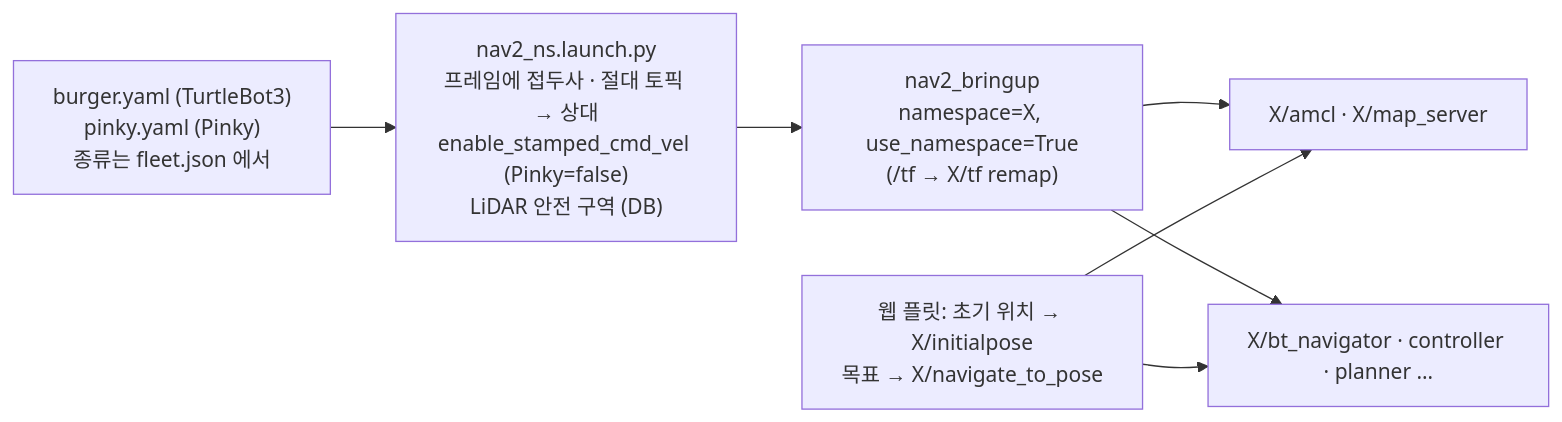
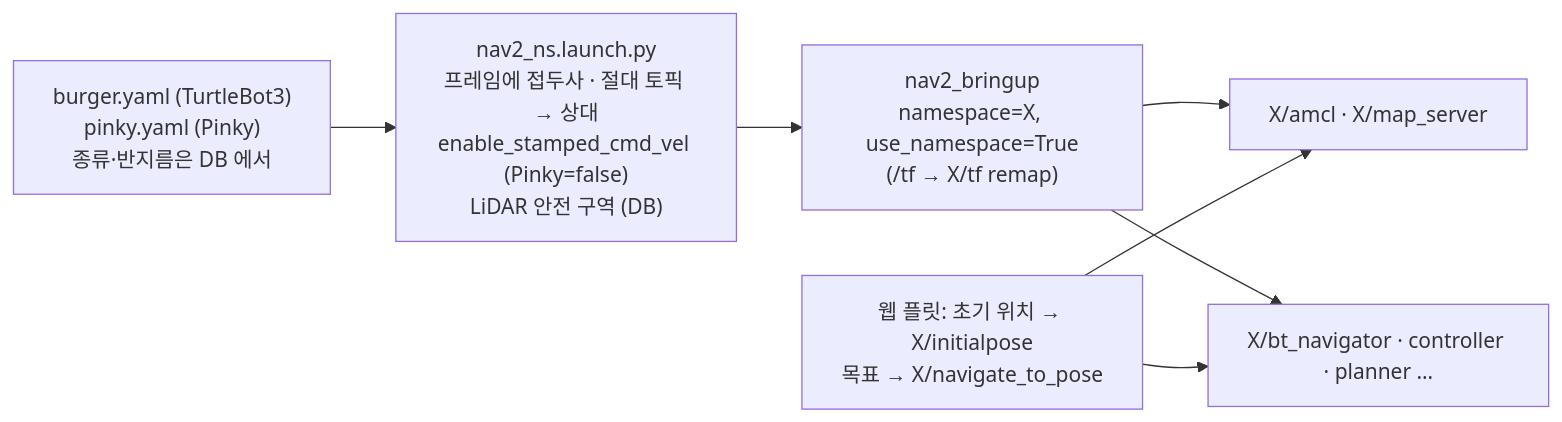
Before and after one commit to ryankim8815/ros2-fleet-console: diagram 14 of 19 in docs/architecture.md, drawn with Mermaid. The commit also changed other lines of this file and 28 other files, not shown here.

````diff
--- a/docs/architecture.md
+++ b/docs/architecture.md
@@ -472,9 +471,9 @@
 ```mermaid
 flowchart LR
-    P["burger.yaml (TurtleBot3)<br/>pinky.yaml (Pinky)<br/>종류는 fleet.json 에서"] --> W["nav2_ns.launch.py<br/>프레임에 접두사 · 절대 토픽 → 상대<br/>enable_stamped_cmd_vel (Pinky=false)<br/>LiDAR 안전 구역 (DB)"]
+    P["burger.yaml (TurtleBot3)<br/>pinky.yaml (Pinky)<br/>종류·반지름은 DB 에서"] --> W["nav2_ns.launch.py<br/>프레임에 접두사 · 절대 토픽 → 상대<br/>enable_stamped_cmd_vel (Pinky=false)<br/>LiDAR 안전 구역 (DB)"]
     W --> B["nav2_bringup<br/>namespace=X, use_namespace=True<br/>(/tf → X/tf remap)"]
     B --> A["X/amcl · X/map_server"]
     B --> N["X/bt_navigator · controller · planner …"]
     WEB["웹 플릿: 초기 위치 → X/initialpose<br/>목표 → X/navigate_to_pose"] --> A
     WEB --> N
 ```
````
